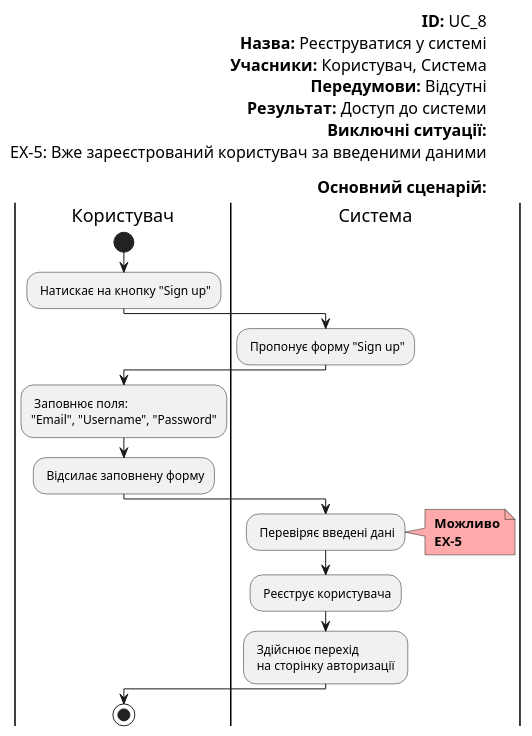
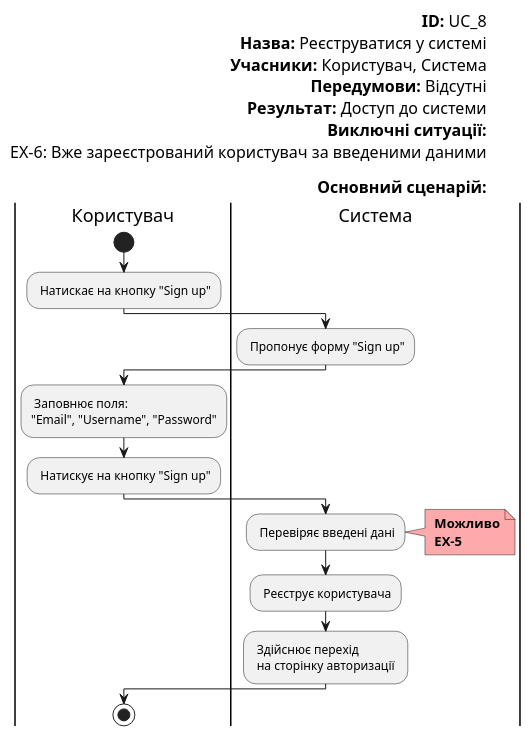
One commit to horidor/open-data-management-system changed diagram 12 of 12 in docs/use cases/README.md. Above: the diagram before and after it, drawn with PlantUML. The commit also changed other lines of this file, not shown here.

```diff
--- a/docs/use cases/README.md
+++ b/docs/use cases/README.md
@@ -373,33 +401,33 @@
 @startuml
 
     left header
         <font color=000 size=16><b>ID:</b> UC_8
         <font color=000 size=16><b>Назва:</b> Реєструватися у системі
         <font color=000 size=16><b>Учасники:</b> Користувач, Система
         <font color=000 size=16><b>Передумови:</b> Відсутні
         <font color=000 size=16><b>Результат:</b> Доступ до системи
         <font color=000 size=16><b>Виключні ситуації:</b>
-        <font color=000 size=16>EX-5: Вже зареєстрований користувач за введеними даними
+        <font color=000 size=16>EX-6: Вже зареєстрований користувач за введеними даними
         
         <font color=000 size=16><b>Основний сценарій:</b>
     end header
 
     |Користувач|
         start
         : Натискає на кнопку "Sign up";
     |Система|
         : Пропонує форму "Sign up";
     |Користувач|
         : Заповнює поля:\n"Email", "Username", "Password";
-        : Відсилає заповнену форму;
+        : Натискує на кнопку "Sign up";
     |Система|
         : Перевіряє введені дані;
         note right #ffaaaa
         <b> Можливо
         <b> EX-5
         end note
         : Реєструє користувача;
         : Здійснює перехід\n на сторінку авторизації ;
     |Користувач|
         stop;
 @enduml
```
